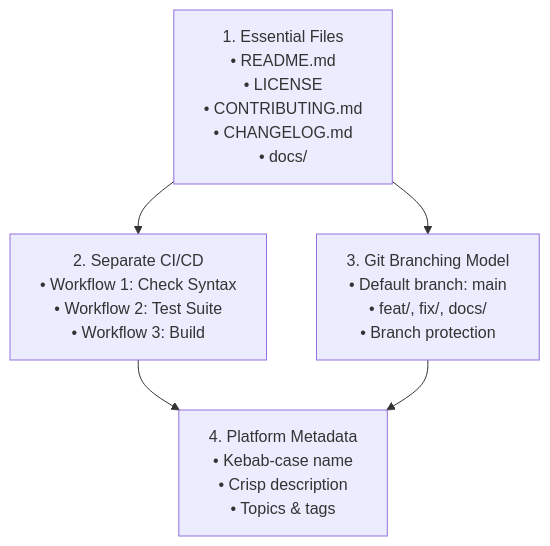
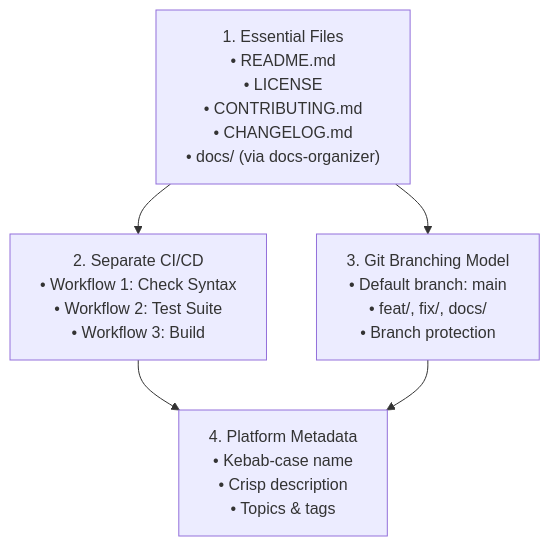
The diagram in skills/repository-setup/SKILL.md (InAnYan/ai-instructions), drawn with Mermaid before and after one commit. The commit also changed other lines of this file and 8 other files, not shown here.

````diff
--- a/skills/repository-setup/SKILL.md
+++ b/skills/repository-setup/SKILL.md
@@ -28,12 +28,12 @@
 ```mermaid
 flowchart TD
-    P1["1. Essential Files<br>• README.md<br>• LICENSE<br>• CONTRIBUTING.md<br>• CHANGELOG.md<br>• docs/"]
+    P1["1. Essential Files<br>• README.md<br>• LICENSE<br>• CONTRIBUTING.md<br>• CHANGELOG.md<br>• docs/ (via docs-organizer)"]
     P2["2. Separate CI/CD<br>• Workflow 1: Check Syntax<br>• Workflow 2: Test Suite<br>• Workflow 3: Build"]
     P3["3. Git Branching Model<br>• Default branch: main<br>• feat/, fix/, docs/<br>• Branch protection"]
     P4["4. Platform Metadata<br>• Kebab-case name<br>• Crisp description<br>• Topics & tags"]
 
     P1 --> P2
     P1 --> P3
     P2 --> P4
     P3 --> P4
 ```
````
